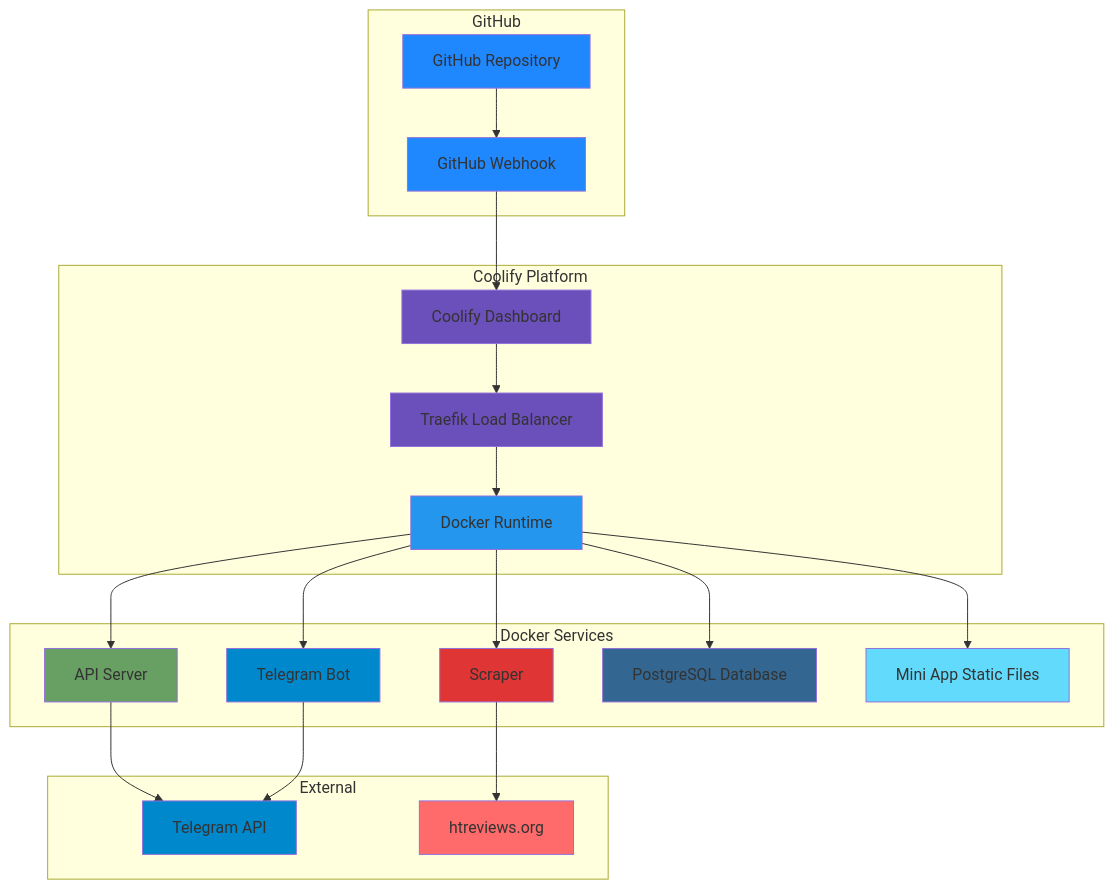
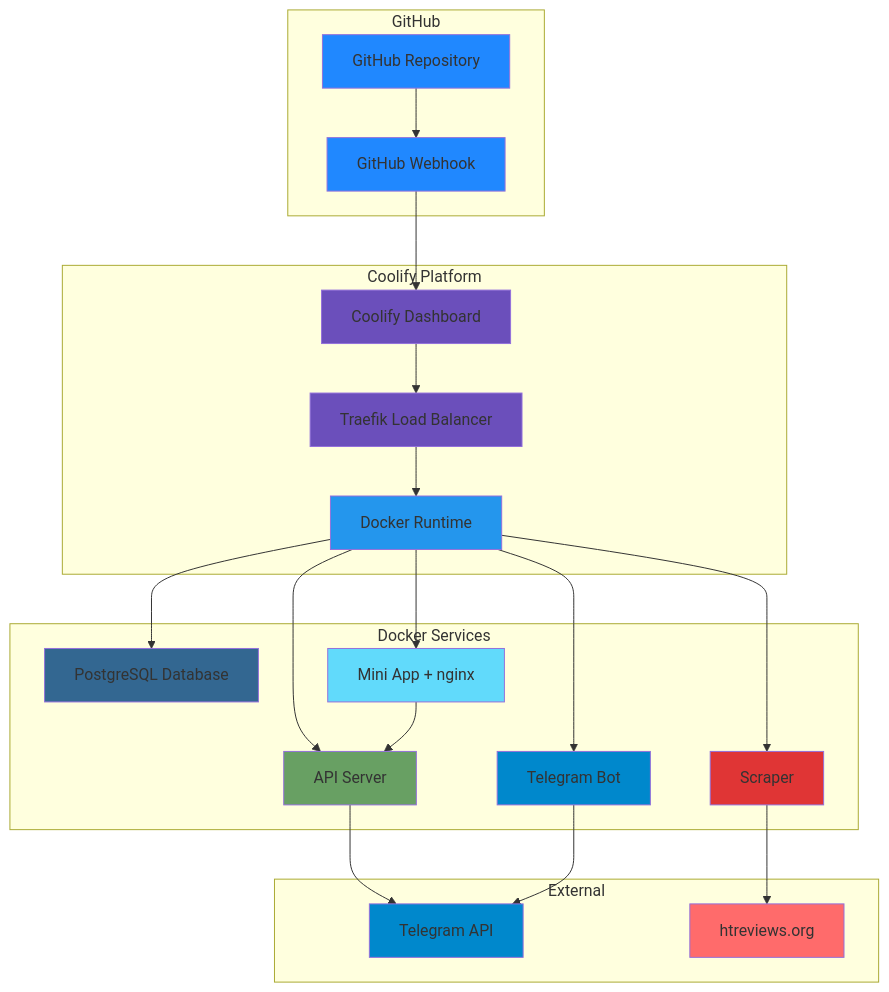
The first of 3 diagrams in plans/09-deployment-guide.md (Zenderg/hookah-wishlist), drawn with Mermaid before and after one commit. The commit also changed other lines of this file and 17 other files, not shown here.

````diff
--- a/plans/09-deployment-guide.md
+++ b/plans/09-deployment-guide.md
@@ -9,52 +11,53 @@
 ```mermaid
 graph TB
     subgraph "GitHub"
         A[GitHub Repository]
         B[GitHub Webhook]
     end
     
     subgraph "Coolify Platform"
         C[Coolify Dashboard]
         D[Traefik Load Balancer]
         E[Docker Runtime]
     end
     
     subgraph "Docker Services"
         F[API Server]
         G[Telegram Bot]
         H[Scraper]
         I[PostgreSQL Database]
-        J[Mini App Static Files]
+        J[Mini App + nginx]
     end
     
     subgraph "External"
         K[Telegram API]
         L[htreviews.org]
     end
     
     A --> B
     B --> C
     C --> D
     D --> E
     E --> F
     E --> G
     E --> H
     E --> I
     E --> J
     F --> K
     G --> K
     H --> L
+    J --> F
     
     style A fill:#2088ff
     style B fill:#2088ff
     style C fill:#6b4fbb
     style D fill:#6b4fbb
     style E fill:#2496ed
     style F fill:#68a063
     style G fill:#0088cc
     style H fill:#e03535
     style I fill:#336791
     style J fill:#61dafb
     style K fill:#0088cc
     style L fill:#ff6b6b
 ```
````
